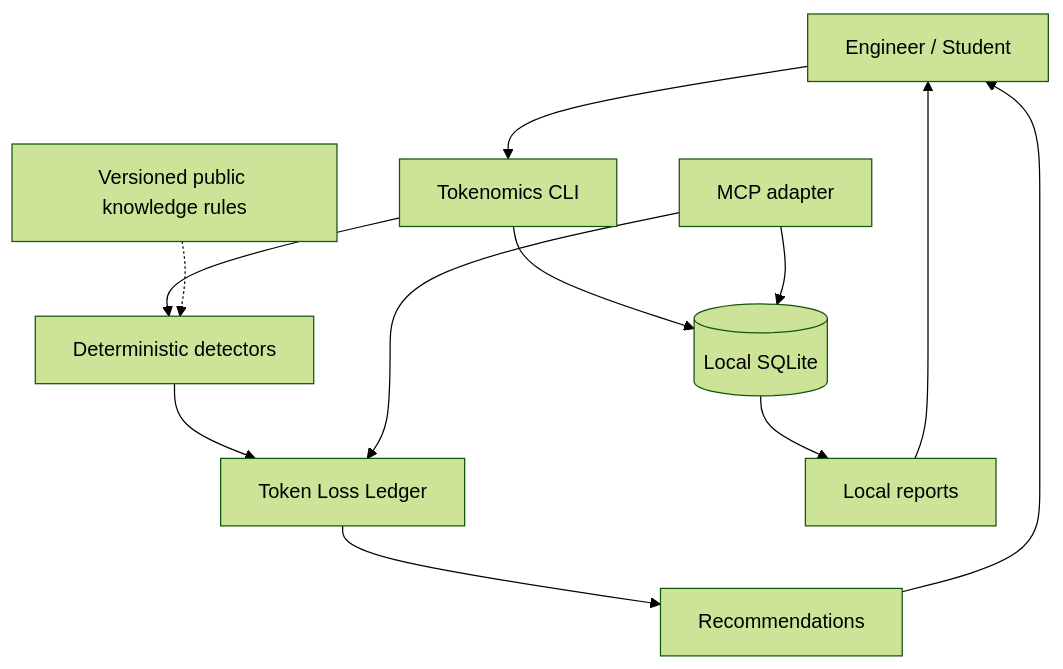
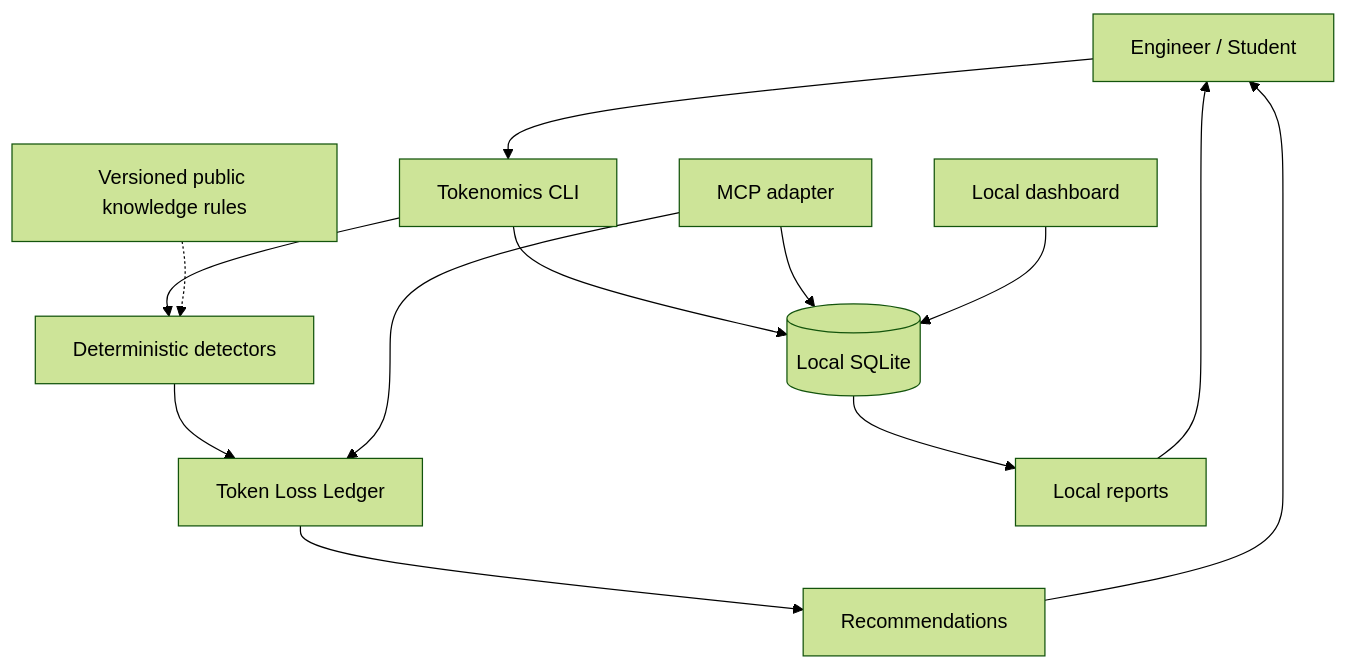
One commit to thew0lf/tokenomics changed the second of 2 diagrams in README.md. Above: the diagram before and after it, drawn with Mermaid (forest theme). The commit also changed other lines of this file, not shown here.

Commit message:
docs: mark all roadmap phases complete and security reviewed

````diff
--- a/README.md
+++ b/README.md
@@ -51,15 +51,15 @@
 ```mermaid
 flowchart TB
     U[Engineer / Student] --> CLI[Tokenomics CLI]
     CLI --> DET[Deterministic detectors]
     CLI --> STORE[(Local SQLite)]
     DET --> LEDGER[Token Loss Ledger]
     LEDGER --> REC[Recommendations]
     REC --> U
     STORE --> REPORT[Local reports]
     REPORT --> U
-
     MCP[MCP adapter] --> STORE
     MCP --> LEDGER
     KNOW[Versioned public knowledge rules] -.-> DET
+    DASH[Local dashboard] --> STORE
 ```
````
